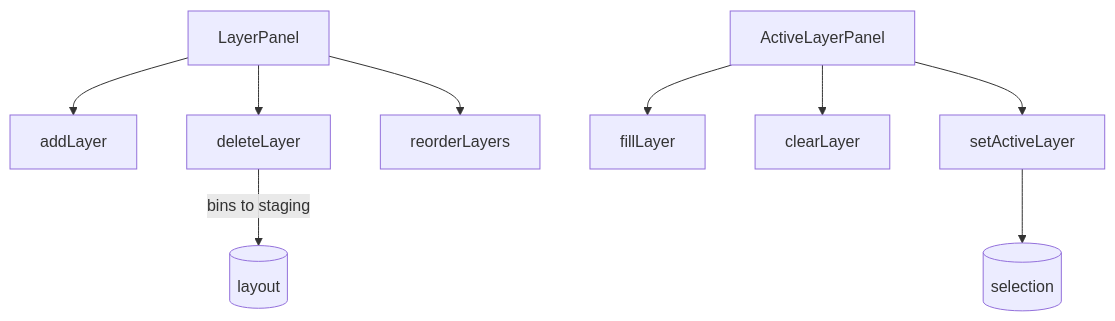
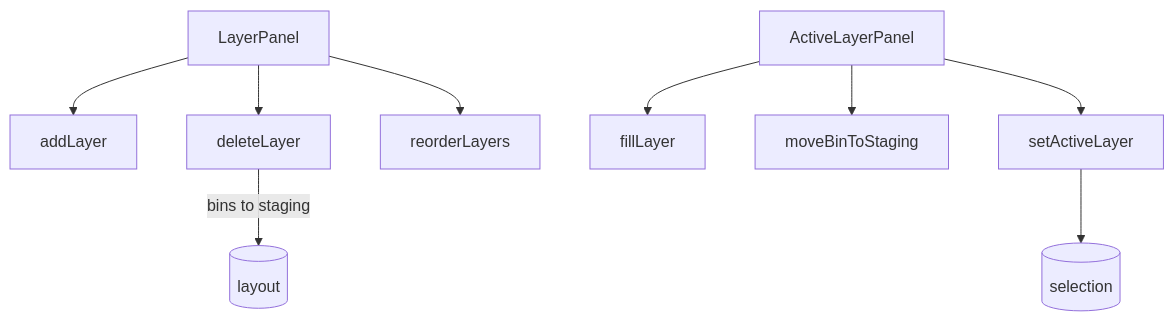
The diagram in src/features/layers/README.md (andymai/gridfinity-layout-tool), drawn with Mermaid before and after one commit. The commit also changed 9 other files, not shown here.

First line of the commit message:
fix(layers): move a cleared layer's bins to the stash

````diff
--- a/src/features/layers/README.md
+++ b/src/features/layers/README.md
@@ -5,7 +5,7 @@
 ```mermaid
 graph TB
     LP[LayerPanel] --> AL[addLayer] & DL[deleteLayer] & RL[reorderLayers]
-    ALP[ActiveLayerPanel] --> FL[fillLayer] & CLR[clearLayer] & SAL[setActiveLayer]
+    ALP[ActiveLayerPanel] --> FL[fillLayer] & CLR[moveBinToStaging] & SAL[setActiveLayer]
     SAL --> SEL[(selection)]
     DL -->|bins to staging| LAY[(layout)]
 ```
````
